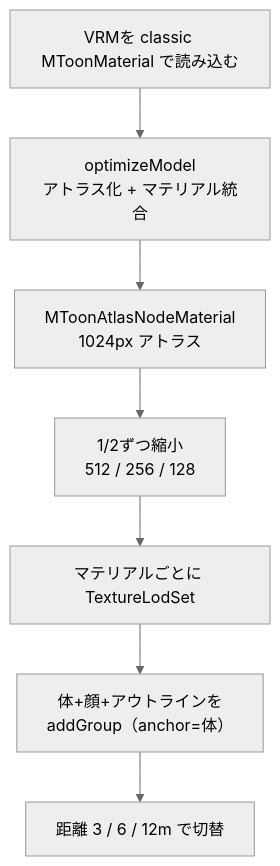
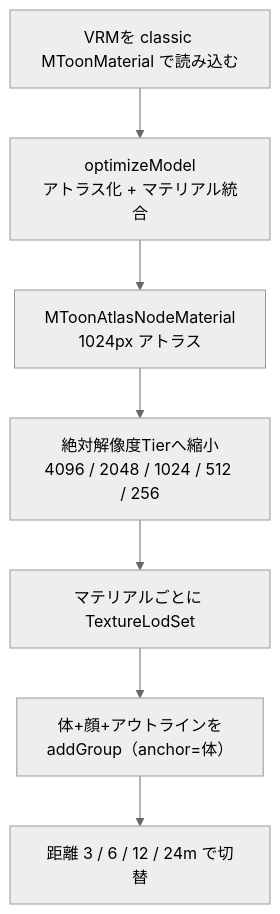
The second of 2 diagrams in README.md (WebXR-JP/three-texture-lod), drawn with Mermaid (neutral theme) before and after one commit. The commit also changed other lines of this file and 16 other files, not shown here.

````diff
--- a/README.md
+++ b/README.md
@@ -173,9 +193,9 @@
 ```mermaid
 flowchart TD
   A["VRMを classic MToonMaterial で読み込む"] --> B["optimizeModel<br/>アトラス化 + マテリアル統合"]
   B --> C["MToonAtlasNodeMaterial<br/>1024px アトラス"]
-  C --> D["1/2ずつ縮小<br/>512 / 256 / 128"]
+  C --> D["絶対解像度Tierへ縮小<br/>4096 / 2048 / 1024 / 512 / 256"]
   D --> E["マテリアルごとに TextureLodSet"]
   E --> F["体+顔+アウトラインを<br/>addGroup（anchor=体）"]
-  F --> G["距離 3 / 6 / 12m で切替"]
+  F --> G["距離 3 / 6 / 12 / 24m で切替"]
 ```
````
